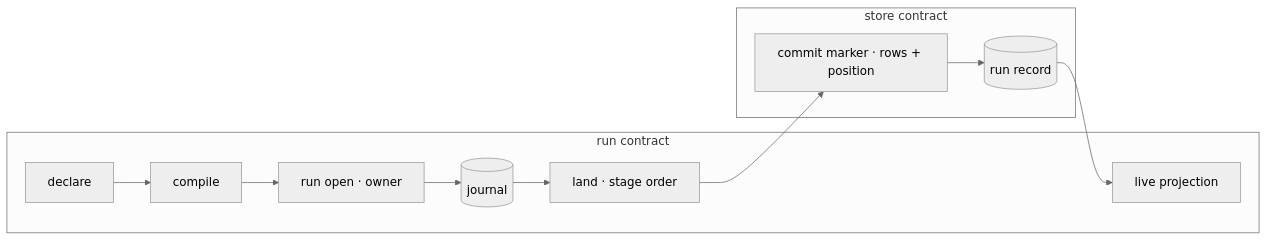
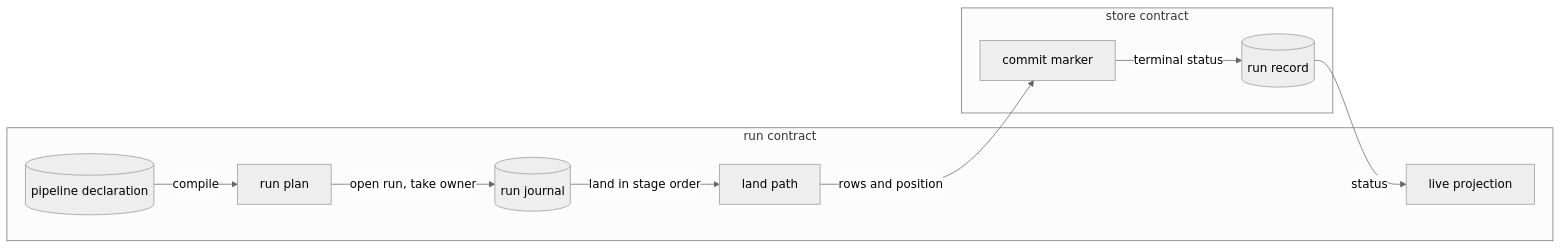
One commit to fractalboxdev/contextful changed the diagram in spec/guide/run.md. Above: the diagram before and after it, drawn with Mermaid (neutral theme). The commit also changed 44 other files, not shown here.

First line of the commit message:
spec: diagrams draw entities and flows, and the checker enforces it (#12)

````diff
--- a/spec/guide/run.md
+++ b/spec/guide/run.md
@@ -18,17 +18,16 @@
 ```mermaid
 flowchart LR
   subgraph RUNC["run contract"]
-    D["declare"] --> C["compile"]
-    C --> O["run open · owner"]
-    O --> J[("journal")]
-    J --> L["land · stage order"]
+    D[("pipeline declaration")] -->|"compile"| PL["run plan"]
+    PL -->|"open run, take owner"| J[("run journal")]
+    J -->|"land in stage order"| L["land path"]
     P["live projection"]
   end
   subgraph STORE["store contract"]
-    M["commit marker · rows + position"]
+    M["commit marker"]
     R[("run record")]
   end
-  L --> M
-  M --> R
-  R --> P
+  L -->|"rows and position"| M
+  M -->|"terminal status"| R
+  R -->|"status"| P
 ```
````
